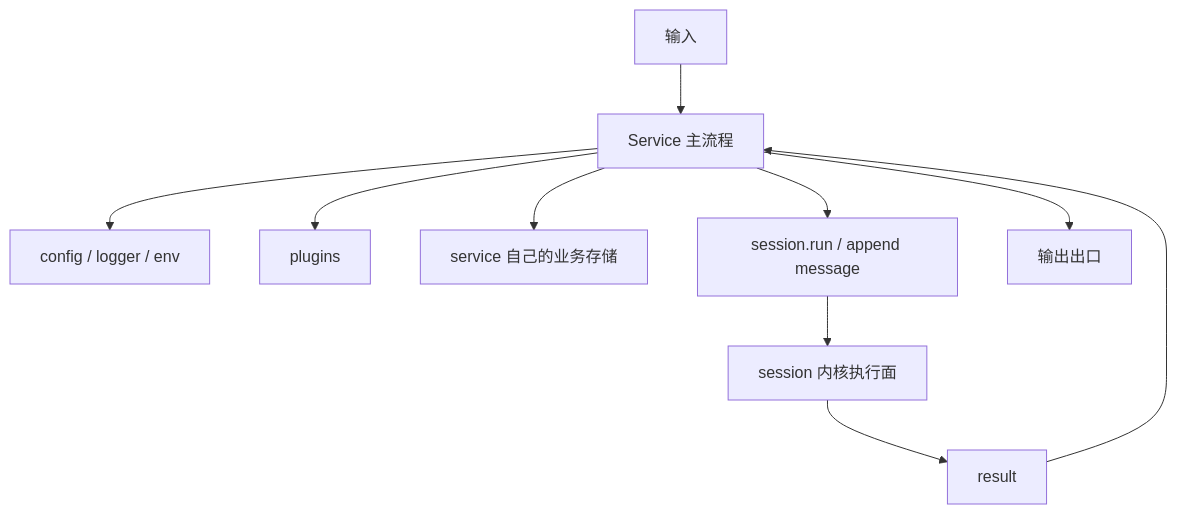
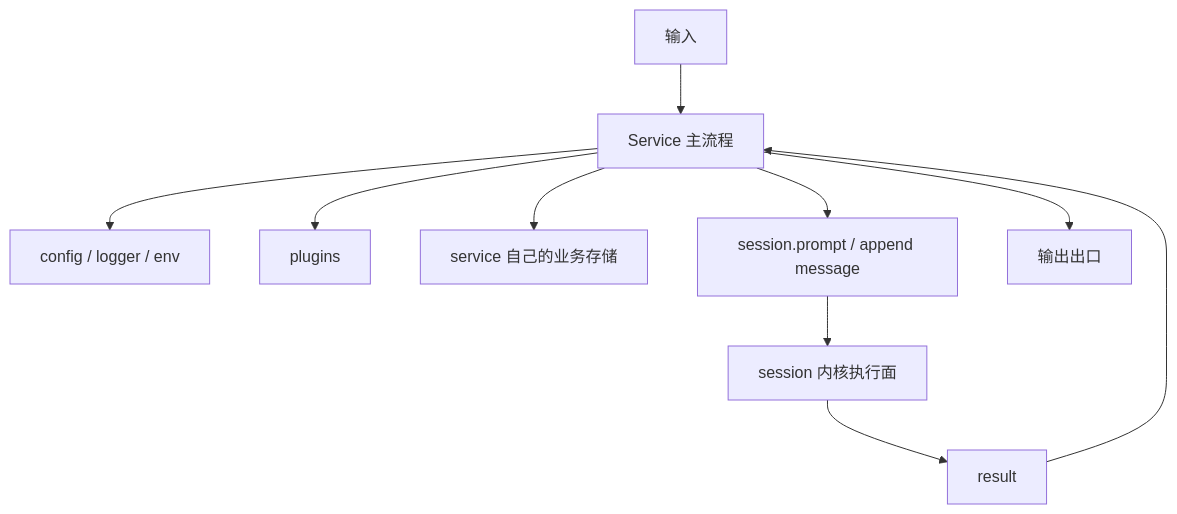
Before and after one commit to wangenius/downcity: the second of 2 diagrams in homepage/content/devdocs/zh/services/service-design-logic.mdx, drawn with Mermaid. The commit also changed other lines of this file and 100 other files, not shown here.

Commit message:
feat(agent): add session prompt actor api

````diff
--- a/homepage/content/devdocs/zh/services/service-design-logic.mdx
+++ b/homepage/content/devdocs/zh/services/service-design-logic.mdx
@@ -192,12 +192,12 @@
 ```mermaid
 flowchart TD
   IN["输入"] --> S["Service 主流程"]
   S --> CFG["config / logger / env"]
   S --> PLUG["plugins"]
   S --> SELF["service 自己的业务存储"]
-  S --> SES["session.run / append message"]
+  S --> SES["session.prompt / append message"]
   SES --> HOST["session 内核执行面"]
   HOST --> RES["result"]
   RES --> S
   S --> OUT["输出出口"]
 ```
````
